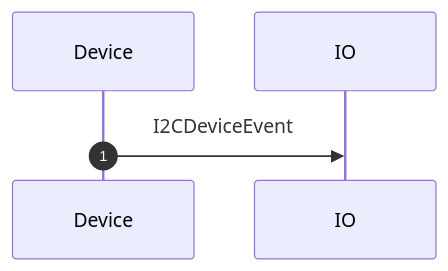
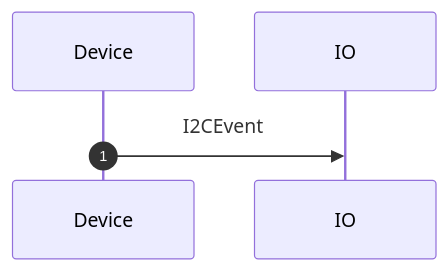
Before and after one commit to adafruit/Wippersnapper_Protobuf: the fourth of 5 diagrams in proto/wippersnapper/docs/i2c.md, drawn with Mermaid. The commit also changed other lines of this file and 6 other files, not shown here.

````diff
--- a/proto/wippersnapper/docs/i2c.md
+++ b/proto/wippersnapper/docs/i2c.md
@@ -75,6 +74,6 @@
 ```mermaid
 sequenceDiagram
 autonumber
 
-Device->>IO: I2CDeviceEvent
+Device->>IO: I2CEvent
 ```
````
